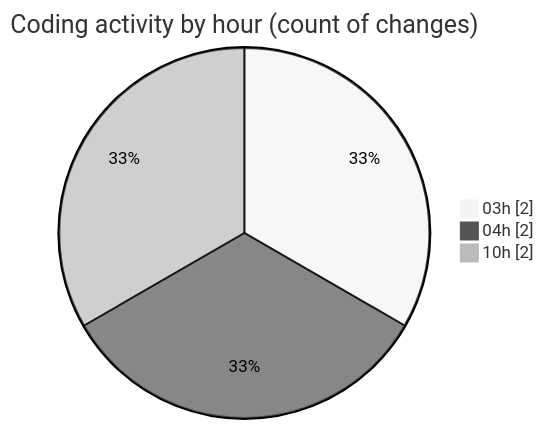
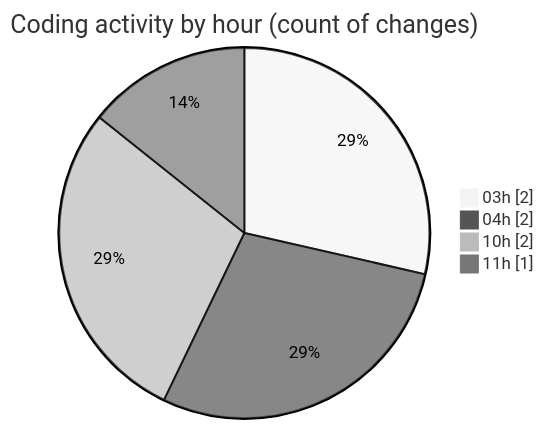
One commit to julien-gomy/code-tracking changed the second of 2 diagrams in 2025-11-27/cdp_aleoudev_fr__workspace_/README.md. Above: the diagram before and after it, drawn with Mermaid (neutral theme). The commit also changed other lines of this file and 1 other file, not shown here.

````diff
--- a/2025-11-27/cdp_aleoudev_fr__workspace_/README.md
+++ b/2025-11-27/cdp_aleoudev_fr__workspace_/README.md
@@ -29,7 +30,8 @@
 ```mermaid
 pie showData
 title Coding activity by hour (count of changes)
 "03h" : 2
 "04h" : 2
 "10h" : 2
+"11h" : 1
 ```
````
